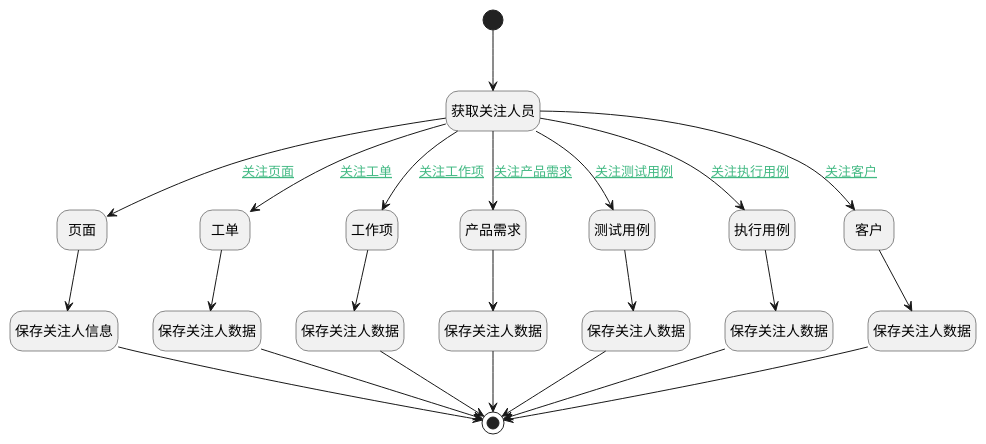
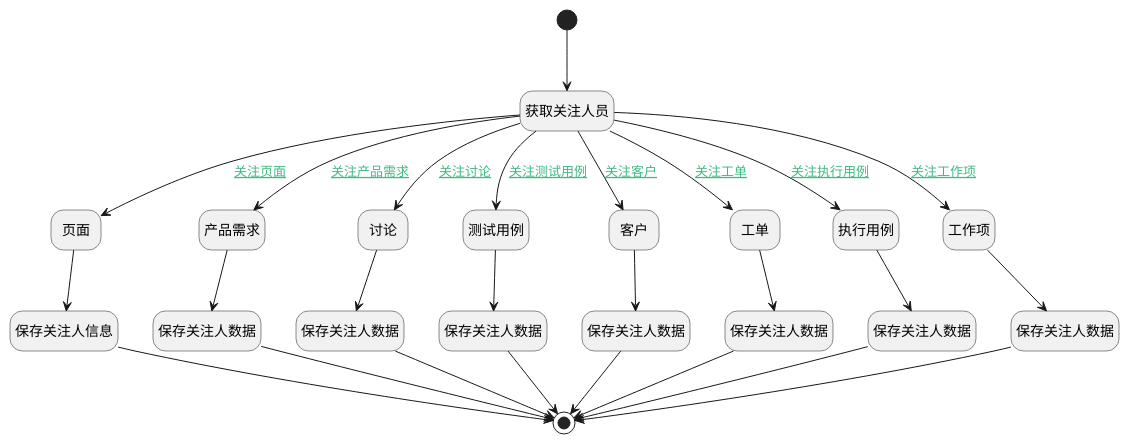
The diagram in doc/docsify/module/ProjMgmt/work_item/uilogic/attention_personnel_update.md (iBizLab/plm), drawn with PlantUML before and after one commit. The commit also changed other lines of this file and 1068 other files, not shown here.

````diff
--- a/doc/docsify/module/ProjMgmt/work_item/uilogic/attention_personnel_update.md
+++ b/doc/docsify/module/ProjMgmt/work_item/uilogic/attention_personnel_update.md
@@ -7,55 +7,60 @@
 ```plantuml
 @startuml
 hide footbox
 <style>
 root {
   HyperlinkColor #42b983
 }
 </style>
 
 hide empty description
 state "开始" as Begin <<start>> [[$./attention_personnel_update#begin {开始}]]
+state "保存关注人数据" as DEACTION6  [[$./attention_personnel_update#deaction6 {保存关注人数据}]]
+state "获取关注人员" as PREPAREJSPARAM2  [[$./attention_personnel_update#preparejsparam2 {获取关注人员}]]
 state "保存关注人数据" as DEACTION2  [[$./attention_personnel_update#deaction2 {保存关注人数据}]]
-state "获取关注人员" as PREPAREJSPARAM2  [[$./attention_personnel_update#preparejsparam2 {获取关注人员}]]
 state "页面" as PREPAREJSPARAM8  [[$./attention_personnel_update#preparejsparam8 {页面}]]
+state "产品需求" as PREPAREJSPARAM3  [[$./attention_personnel_update#preparejsparam3 {产品需求}]]
+state "讨论" as PREPAREJSPARAM9  [[$./attention_personnel_update#preparejsparam9 {讨论}]]
+state "测试用例" as PREPAREJSPARAM7  [[$./attention_personnel_update#preparejsparam7 {测试用例}]]
+state "保存关注人信息" as DEACTION7  [[$./attention_personnel_update#deaction7 {保存关注人信息}]]
+state "客户" as PREPAREJSPARAM5  [[$./attention_personnel_update#preparejsparam5 {客户}]]
+state "保存关注人数据" as DEACTION1  [[$./attention_personnel_update#deaction1 {保存关注人数据}]]
 state "工单" as PREPAREJSPARAM4  [[$./attention_personnel_update#preparejsparam4 {工单}]]
+state "保存关注人数据" as DEACTION5  [[$./attention_personnel_update#deaction5 {保存关注人数据}]]
+state "保存关注人数据" as DEACTION8  [[$./attention_personnel_update#deaction8 {保存关注人数据}]]
+state "保存关注人数据" as DEACTION3  [[$./attention_personnel_update#deaction3 {保存关注人数据}]]
+state "执行用例" as PREPAREJSPARAM6  [[$./attention_personnel_update#preparejsparam6 {执行用例}]]
+state "工作项" as PREPAREJSPARAM1  [[$./attention_personnel_update#preparejsparam1 {工作项}]]
 state "保存关注人数据" as DEACTION4  [[$./attention_personnel_update#deaction4 {保存关注人数据}]]
-state "工作项" as PREPAREJSPARAM1  [[$./attention_personnel_update#preparejsparam1 {工作项}]]
-state "产品需求" as PREPAREJSPARAM3  [[$./attention_personnel_update#preparejsparam3 {产品需求}]]
-state "测试用例" as PREPAREJSPARAM7  [[$./attention_personnel_update#preparejsparam7 {测试用例}]]
-state "执行用例" as PREPAREJSPARAM6  [[$./attention_personnel_update#preparejsparam6 {执行用例}]]
-state "保存关注人信息" as DEACTION7  [[$./attention_personnel_update#deaction7 {保存关注人信息}]]
-state "保存关注人数据" as DEACTION6  [[$./attention_personnel_update#deaction6 {保存关注人数据}]]
-state "客户" as PREPAREJSPARAM5  [[$./attention_personnel_update#preparejsparam5 {客户}]]
 state "结束" as END1 <<end>> [[$./attention_personnel_update#end1 {结束}]]
-state "保存关注人数据" as DEACTION5  [[$./attention_personnel_update#deaction5 {保存关注人数据}]]
-state "保存关注人数据" as DEACTION3  [[$./attention_personnel_update#deaction3 {保存关注人数据}]]
-state "保存关注人数据" as DEACTION1  [[$./attention_personnel_update#deaction1 {保存关注人数据}]]
 
 
 Begin --> PREPAREJSPARAM2
 PREPAREJSPARAM2 --> PREPAREJSPARAM1 : [[$./attention_personnel_update#preparejsparam2-preparejsparam1{关注工作项} 关注工作项]]
 PREPAREJSPARAM1 --> DEACTION1
 DEACTION1 --> END1
 PREPAREJSPARAM2 --> PREPAREJSPARAM3 : [[$./attention_personnel_update#preparejsparam2-preparejsparam3{关注产品需求} 关注产品需求]]
 PREPAREJSPARAM3 --> DEACTION2
 DEACTION2 --> END1
 PREPAREJSPARAM2 --> PREPAREJSPARAM4 : [[$./attention_personnel_update#preparejsparam2-preparejsparam4{关注工单} 关注工单]]
 PREPAREJSPARAM4 --> DEACTION3
 DEACTION3 --> END1
 PREPAREJSPARAM2 --> PREPAREJSPARAM5 : [[$./attention_personnel_update#preparejsparam2-preparejsparam5{关注客户} 关注客户]]
 PREPAREJSPARAM5 --> DEACTION4
 DEACTION4 --> END1
 PREPAREJSPARAM2 --> PREPAREJSPARAM7 : [[$./attention_personnel_update#preparejsparam2-preparejsparam7{关注测试用例} 关注测试用例]]
 PREPAREJSPARAM7 --> DEACTION5
 DEACTION5 --> END1
 PREPAREJSPARAM2 --> PREPAREJSPARAM6 : [[$./attention_personnel_update#preparejsparam2-preparejsparam6{关注执行用例} 关注执行用例]]
 PREPAREJSPARAM6 --> DEACTION6
 DEACTION6 --> END1
 PREPAREJSPARAM2 --> PREPAREJSPARAM8 : [[$./attention_personnel_update#preparejsparam2-preparejsparam8{关注页面} 关注页面]]
 PREPAREJSPARAM8 --> DEACTION7
 DEACTION7 --> END1
+PREPAREJSPARAM2 --> PREPAREJSPARAM9 : [[$./attention_personnel_update#preparejsparam2-preparejsparam9{关注讨论} 关注讨论]]
+PREPAREJSPARAM9 --> DEACTION8
+DEACTION8 --> END1
 
 
 @enduml
 ```
````
